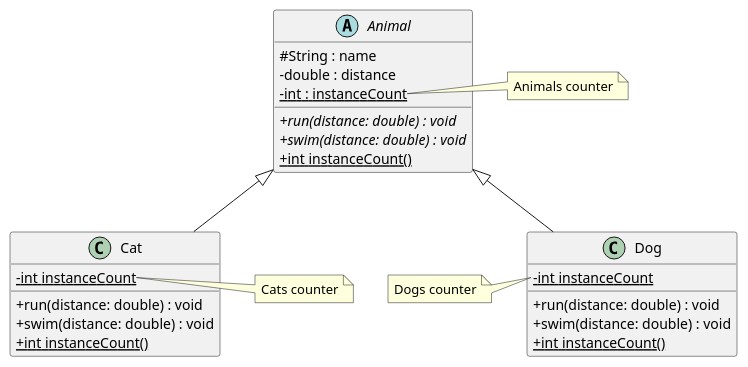
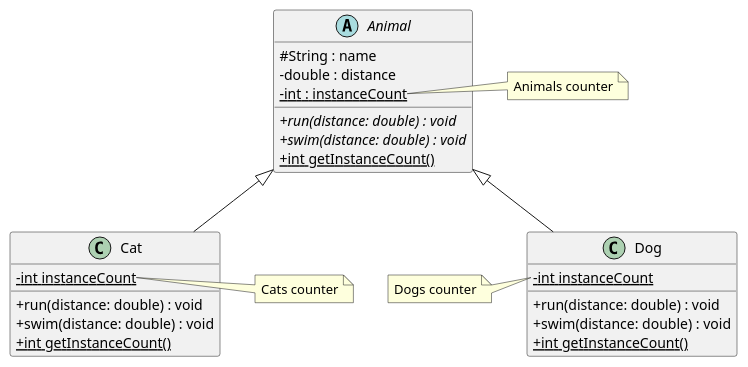
The diagram in class-diagram.plantuml (ViktorBibikB/Hillel_homeworks), drawn with PlantUML before and after one commit. The commit also changed 1 other file, not shown here.

```diff
--- a/class-diagram.plantuml
+++ b/class-diagram.plantuml
@@ -1,44 +1,44 @@
 @startuml
 
 skinparam classAttributeIconSize 0
 
 abstract class Animal{
     #String : name
     -double : distance
     -{static} int : instanceCount
 
     +{abstract} run(distance: double) : void
     +{abstract} swim(distance: double) : void
-    +{static} int instanceCount()
+    +{static} int getInstanceCount()
 }
 note right of Animal::instanceCount
   Animals counter
 end note
 
 
 class Cat{
     -{static} int instanceCount
 
     +run(distance: double) : void
     +swim(distance: double) : void
-    +{static} int instanceCount()
+    +{static} int getInstanceCount()
 }
 note right of Cat::instanceCount
   Cats counter
 end note
 
 
 class Dog{
     -{static} int instanceCount
 
     +run(distance: double) : void
     +swim(distance: double) : void
-    +{static} int instanceCount()
+    +{static} int getInstanceCount()
 }
 note left of Dog::instanceCount
   Dogs counter
 end note
 
 Animal <|-- Cat
 Animal <|-- Dog
 @enduml
```
